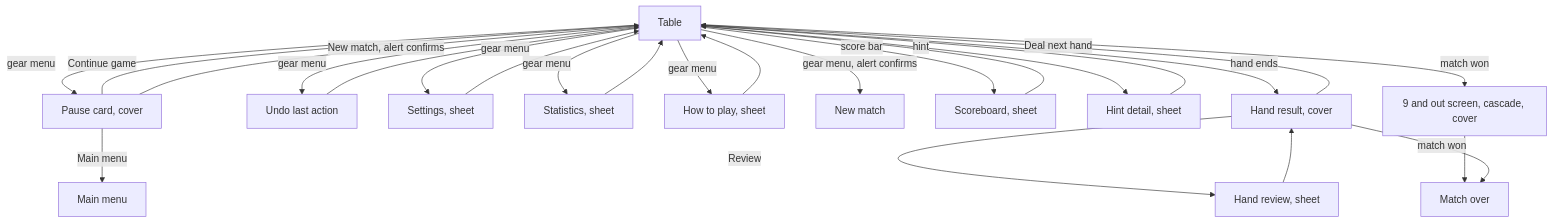
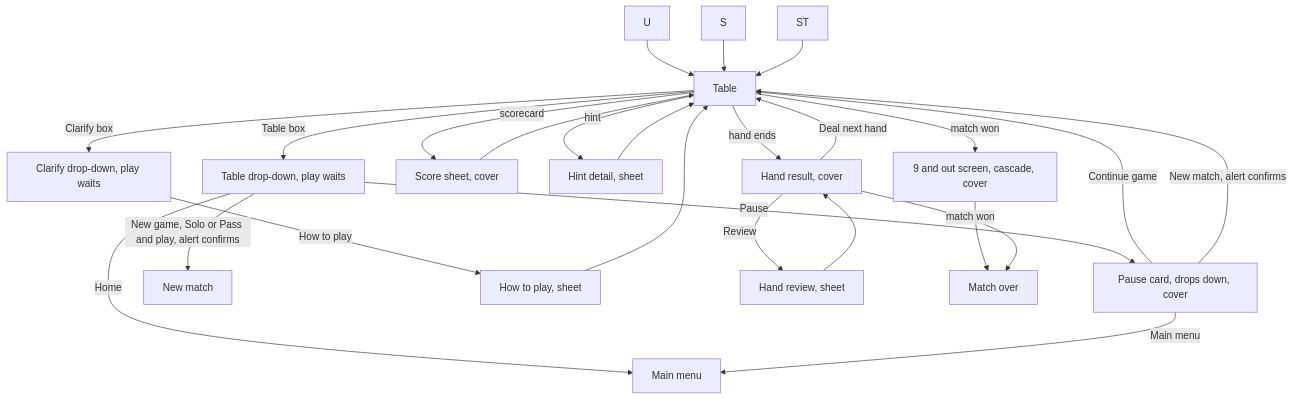
The third of 3 diagrams in docs/screen-flow.md (cmurphy1140/cardgame-io), drawn with Mermaid before and after one commit. The commit also changed other lines of this file and 29 other files, not shown here.

First line of the commit message:
feat(ui): Table/Clarify bar, trump in the bid box, notebook scorecard (#99)

````diff
--- a/docs/screen-flow.md
+++ b/docs/screen-flow.md
@@ -73,29 +74,29 @@
 ```mermaid
 flowchart TD
     T[Table]
-    T -->|gear menu| P[Pause card, cover]
-    T -->|gear menu| U[Undo last action]
-    T -->|gear menu| S[Settings, sheet]
-    T -->|gear menu| ST[Statistics, sheet]
-    T -->|gear menu| TU[How to play, sheet]
-    T -->|gear menu, alert confirms| NEW[New match]
-    T -->|score bar| SB[Scoreboard, sheet]
+    T -->|Table box| TB[Table drop-down, play waits]
+    T -->|Clarify box| CL[Clarify drop-down, play waits]
+    TB -->|Pause| P[Pause card, drops down, cover]
+    TB -->|New game, Solo or Pass and play, alert confirms| NEW[New match]
+    TB -->|Home| M
+    CL -->|How to play| TU[How to play, sheet]
+    T -->|scorecard| SB[Score sheet, cover]
     T -->|hint| H[Hint detail, sheet]
     T -->|hand ends| R[Hand result, cover]
 
     P -->|Continue game| T
     P -->|Main menu| M[Main menu]
     P -->|New match, alert confirms| T
     R -->|Deal next hand| T
     R -->|Review| RV[Hand review, sheet]
     T -->|match won| CE[9 and out screen, cascade, cover]
     CE --> MO[Match over]
     R -->|match won| MO
     RV --> R
     U --> T
     SB --> T
     H --> T
     S --> T
     ST --> T
     TU --> T
 ```
````
